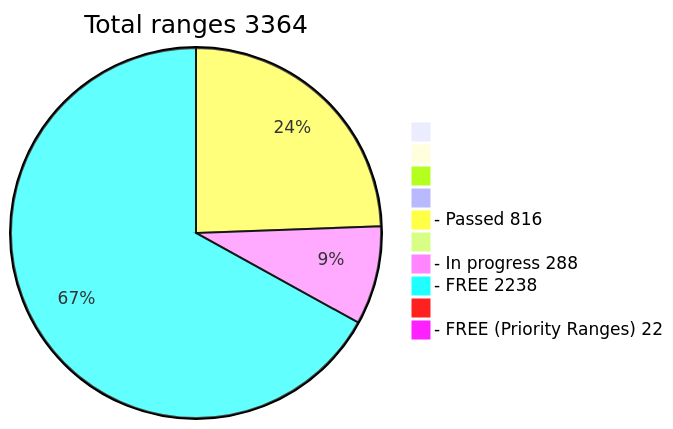
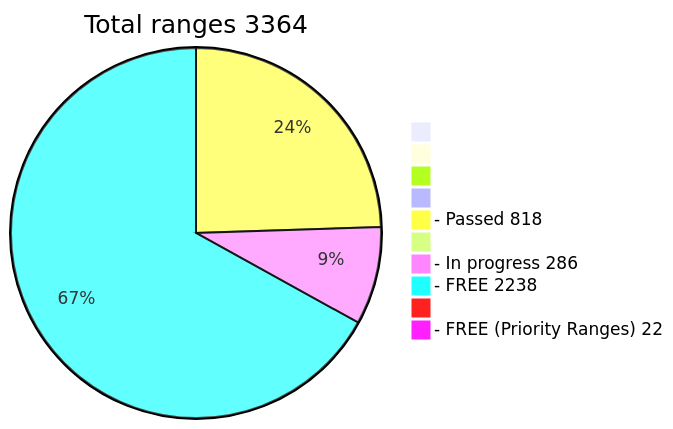
Before and after one commit to phrutis/wif500: the diagram in README.md, drawn with Mermaid.

````diff
--- a/README.md
+++ b/README.md
@@ -16,13 +16,13 @@
 ```mermaid
 pie title Total ranges 3364
              " " : 0
             "  " : 0
            "   " : 0
           "    " : 0
-  "- Passed 816" : 816
+  "- Passed 818" : 818
          "     " : 0
-  "- In progress 288" : 288
+  "- In progress 286" : 286
    "- FREE 2238" : 2238
         "      " : 0
   "- FREE (Priority Ranges) 22" : 22
 ```
````
